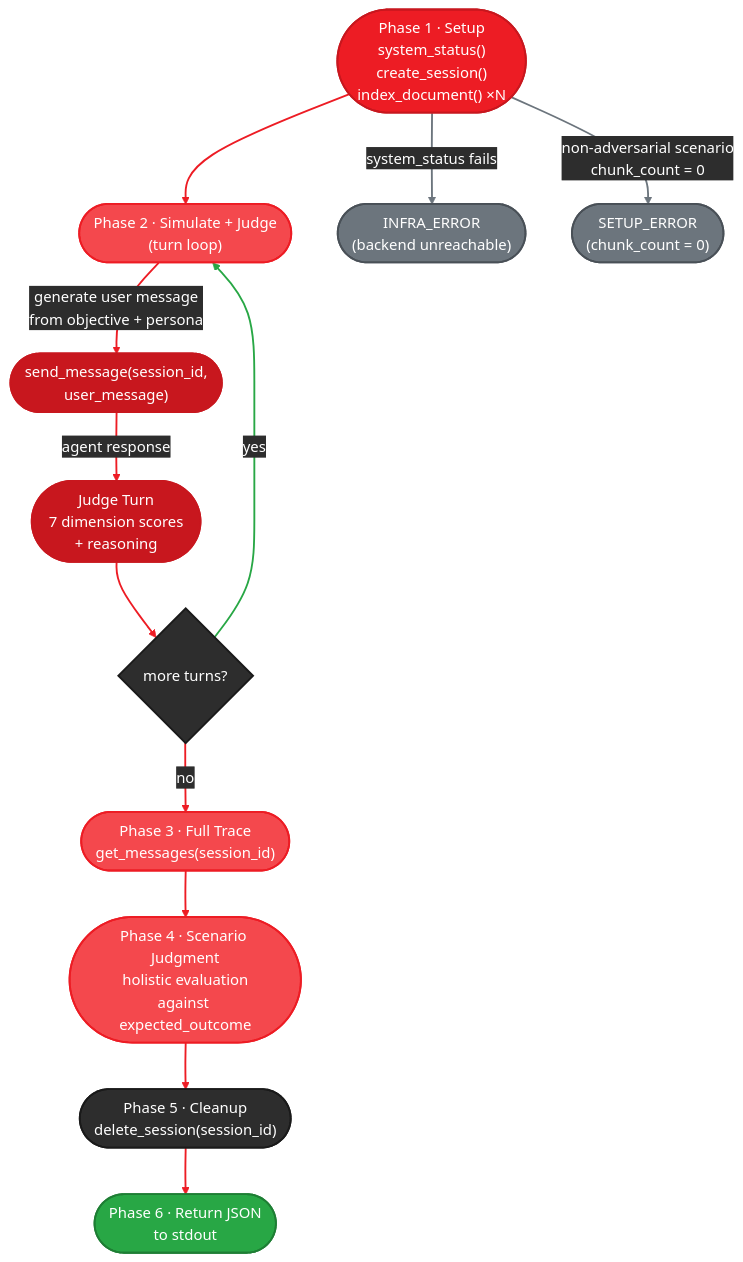
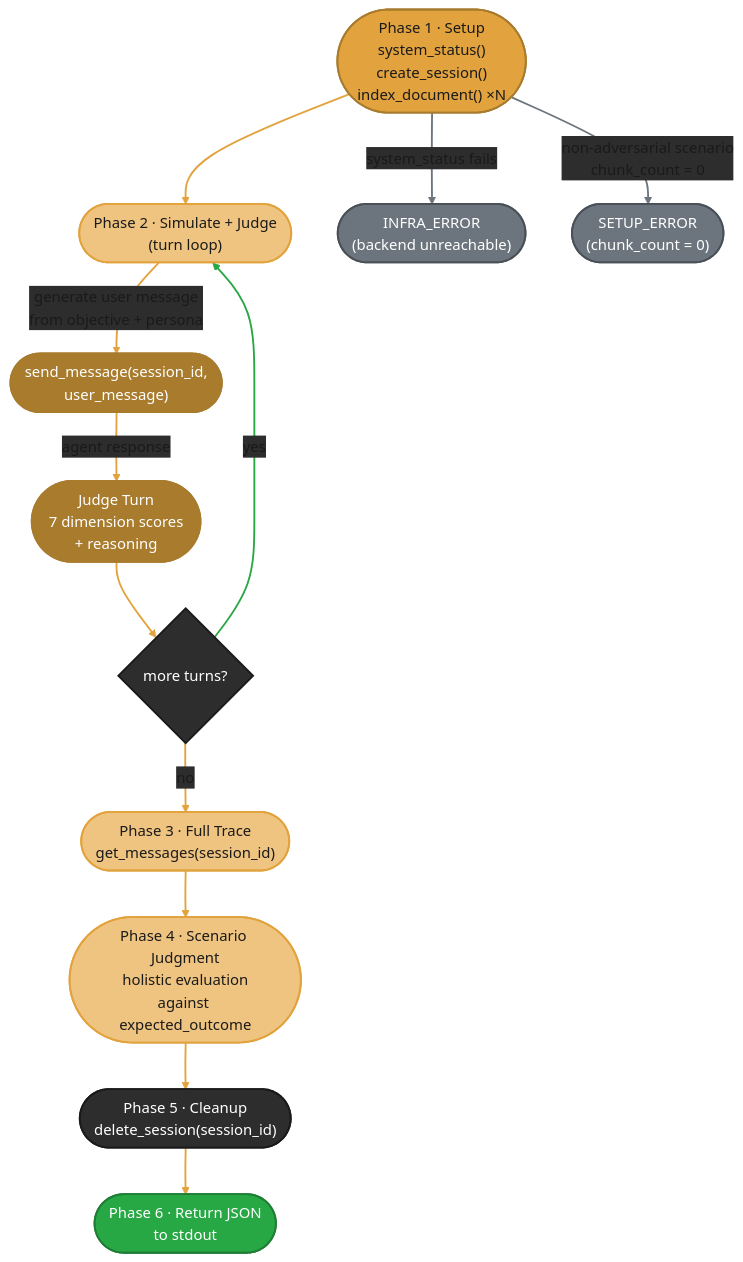
One commit to amd/gaia changed the second of 4 diagrams in docs/eval.mdx. Above: the diagram before and after it, drawn with Mermaid. The commit also changed other lines of this file and 37 other files, not shown here.

````diff
--- a/docs/eval.mdx
+++ b/docs/eval.mdx
@@ -97,36 +97,36 @@
 ```mermaid
-%%{init: {'theme':'base', 'themeVariables': { 'primaryColor':'#ED1C24', 'primaryTextColor':'#fff', 'primaryBorderColor':'#C8171E', 'lineColor':'#F4484D', 'secondaryColor':'#2d2d2d', 'tertiaryColor':'#f5f5f5', 'fontFamily': 'system-ui, -apple-system, sans-serif'}}}%%
+%%{init: {'theme':'base', 'themeVariables': { 'primaryColor':'#E2A33E', 'primaryTextColor':'#1a1a1a', 'primaryBorderColor':'#A87B2D', 'lineColor':'#EFC480', 'secondaryColor':'#2d2d2d', 'tertiaryColor':'#f5f5f5', 'fontFamily': 'system-ui, -apple-system, sans-serif'}}}%%
 flowchart TD
     P1(["Phase 1 · Setup\nsystem_status()\ncreate_session()\nindex_document() ×N"]) --> P2(["Phase 2 · Simulate + Judge\n(turn loop)"])
 
     P2 -->|"generate user message\nfrom objective + persona"| SM(["send_message(session_id,\nuser_message)"])
     SM -->|"agent response"| JT(["Judge Turn\n7 dimension scores\n+ reasoning"])
     JT --> MORE{"more turns?"}
     MORE -->|"yes"| P2
     MORE -->|"no"| P3(["Phase 3 · Full Trace\nget_messages(session_id)"])
 
     P3 --> P4(["Phase 4 · Scenario Judgment\nholistic evaluation\nagainst expected_outcome"])
     P4 --> P5(["Phase 5 · Cleanup\ndelete_session(session_id)"])
     P5 --> P6(["Phase 6 · Return JSON\nto stdout"])
 
     ERR1(["INFRA_ERROR\n(backend unreachable)"])
     ERR2(["SETUP_ERROR\n(chunk_count = 0)"])
     P1 -->|"system_status fails"| ERR1
     P1 -->|"non-adversarial scenario\nchunk_count = 0"| ERR2
 
-    style P1 fill:#ED1C24,stroke:#C8171E,stroke-width:2px,color:#fff
-    style P2 fill:#F4484D,stroke:#ED1C24,stroke-width:2px,color:#fff
-    style SM fill:#C8171E,stroke:#C8171E,stroke-width:2px,color:#fff
-    style JT fill:#C8171E,stroke:#C8171E,stroke-width:2px,color:#fff
+    style P1 fill:#E2A33E,stroke:#A87B2D,stroke-width:2px,color:#1a1a1a
+    style P2 fill:#EFC480,stroke:#E2A33E,stroke-width:2px,color:#1a1a1a
+    style SM fill:#A87B2D,stroke:#A87B2D,stroke-width:2px,color:#fff
+    style JT fill:#A87B2D,stroke:#A87B2D,stroke-width:2px,color:#fff
     style MORE fill:#2d2d2d,stroke:#1a1a1a,stroke-width:2px,color:#fff
-    style P3 fill:#F4484D,stroke:#ED1C24,stroke-width:2px,color:#fff
-    style P4 fill:#F4484D,stroke:#ED1C24,stroke-width:2px,color:#fff
+    style P3 fill:#EFC480,stroke:#E2A33E,stroke-width:2px,color:#1a1a1a
+    style P4 fill:#EFC480,stroke:#E2A33E,stroke-width:2px,color:#1a1a1a
     style P5 fill:#2d2d2d,stroke:#1a1a1a,stroke-width:2px,color:#fff
     style P6 fill:#28a745,stroke:#1e7e34,stroke-width:2px,color:#fff
     style ERR1 fill:#6c757d,stroke:#495057,stroke-width:2px,color:#fff
     style ERR2 fill:#6c757d,stroke:#495057,stroke-width:2px,color:#fff
 
-    linkStyle 0,1,2,3,5,6,7,8 stroke:#ED1C24,stroke-width:2px
+    linkStyle 0,1,2,3,5,6,7,8 stroke:#E2A33E,stroke-width:2px
     linkStyle 4 stroke:#28a745,stroke-width:2px
     linkStyle 9,10 stroke:#6c757d,stroke-width:2px
 ```
````
